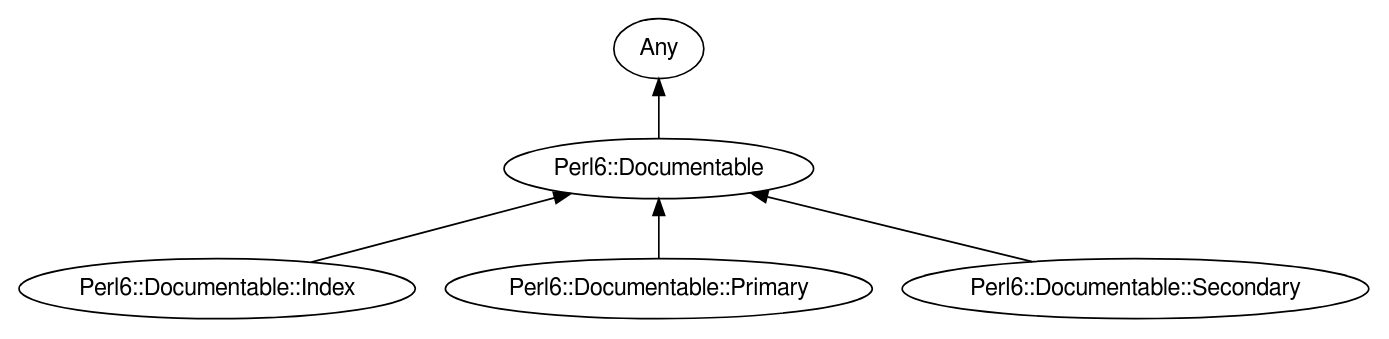
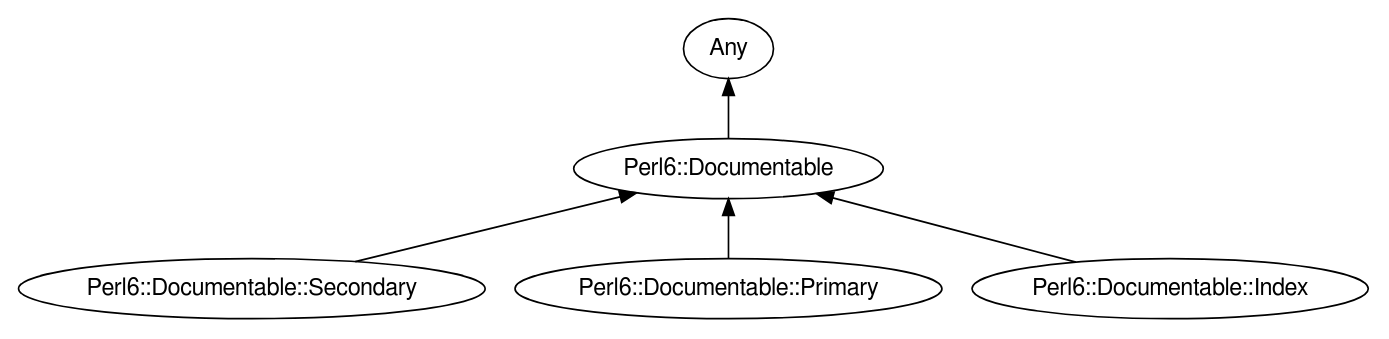
One commit to antoniogamiz/Perl6-Documentable changed the diagram in images/type-graph-Perl6::Documentable.svg.dot. Above: the diagram before and after it, drawn with Graphviz. The commit also changed other lines of this file and 122 other files, not shown here.

```diff
--- a/images/type-graph-Perl6::Documentable.svg.dot
+++ b/images/type-graph-Perl6::Documentable.svg.dot
@@ -1,19 +1,19 @@
 digraph "perl6-type-graph" {
     rankdir=BT;
     splines=polyline;
     overlap=false; 
     // Types
     "Perl6::Documentable" [color="#000000", fontcolor="#000000", href="/type/Perl6::Documentable", fontname="FreeSans"];
     "Any" [color="#000000", fontcolor="#000000", href="/type/Any", fontname="FreeSans"];
+    "Perl6::Documentable::Secondary" [color="#000000", fontcolor="#000000", href="/type/Perl6::Documentable::Secondary", fontname="FreeSans"];
+    "Perl6::Documentable::Primary" [color="#000000", fontcolor="#000000", href="/type/Perl6::Documentable::Primary", fontname="FreeSans"];
     "Perl6::Documentable::Index" [color="#000000", fontcolor="#000000", href="/type/Perl6::Documentable::Index", fontname="FreeSans"];
-    "Perl6::Documentable::Primary" [color="#000000", fontcolor="#000000", href="/type/Perl6::Documentable::Primary", fontname="FreeSans"];
-    "Perl6::Documentable::Secondary" [color="#000000", fontcolor="#000000", href="/type/Perl6::Documentable::Secondary", fontname="FreeSans"];
 
     // Superclasses
     "Perl6::Documentable" -> "Any" [color="#000000"];
+    "Perl6::Documentable::Secondary" -> "Perl6::Documentable" [color="#000000"];
+    "Perl6::Documentable::Primary" -> "Perl6::Documentable" [color="#000000"];
     "Perl6::Documentable::Index" -> "Perl6::Documentable" [color="#000000"];
-    "Perl6::Documentable::Primary" -> "Perl6::Documentable" [color="#000000"];
-    "Perl6::Documentable::Secondary" -> "Perl6::Documentable" [color="#000000"];
 
     // Roles
 }
```
